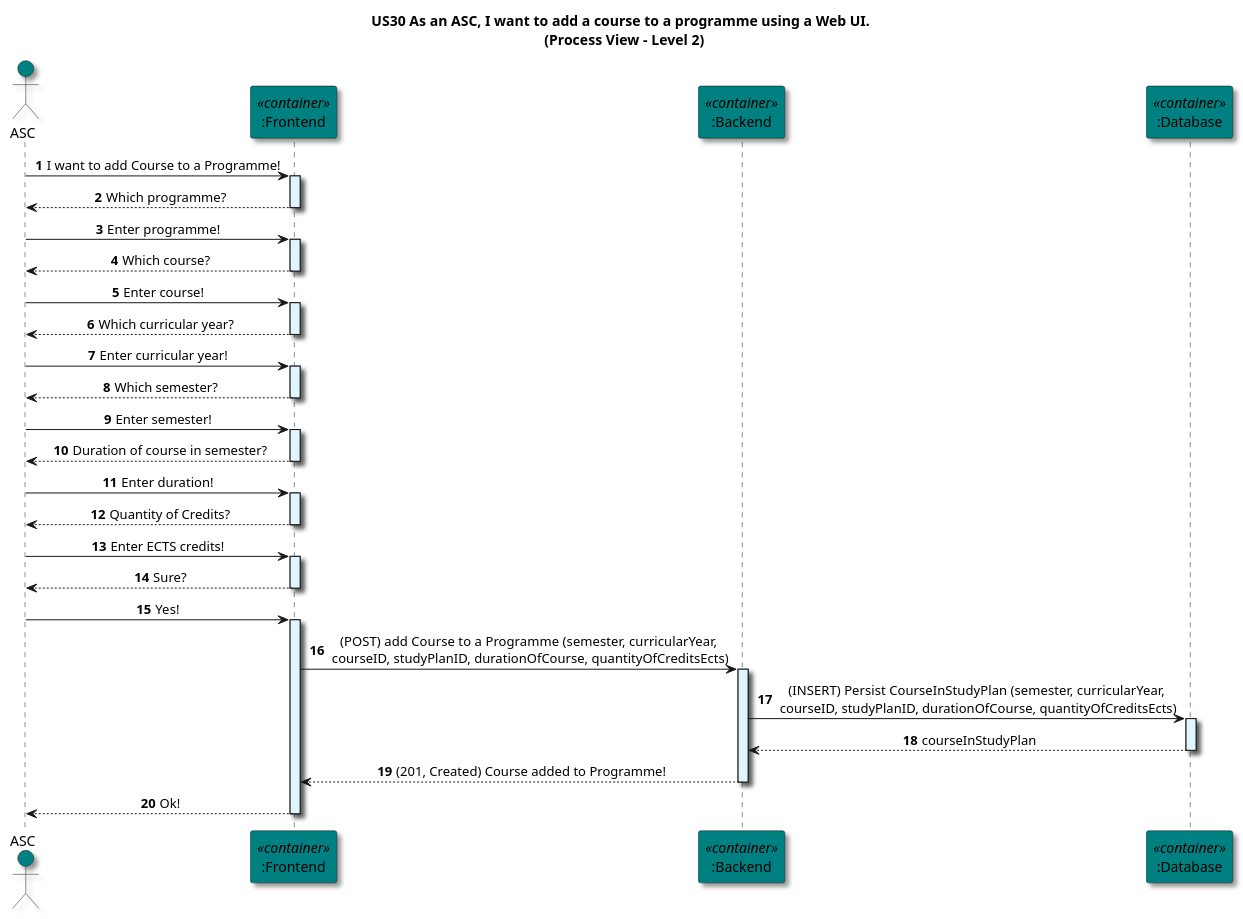
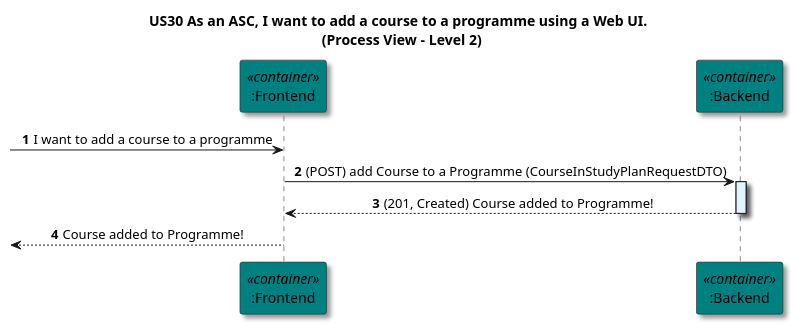
The diagram in docs/US30/Sprint_6_REST_API/Process View/Level2Granularity.puml (GasparISEP/DevOps-PAI), drawn with PlantUML before and after one commit.

Commit message:
[docs]: Update Level2Granularity.puml process diagram #567 #571

```diff
--- a/docs/US30/Sprint_6_REST_API/Process View/Level2Granularity.puml
+++ b/docs/US30/Sprint_6_REST_API/Process View/Level2Granularity.puml
@@ -1,80 +1,26 @@
 @startuml
 
 title US30 As an ASC, I want to add a course to a programme using a Web UI. \n (Process View - Level 2)
 
 skinparam componentStyle component
 skinparam defaultTextAlignment center
 skinparam shadowing true
 
 autonumber
 
-actor ASC as asc #teal
-
 participant ":Frontend" as frontend <<container>> #teal
 participant ":Backend" as backend <<container>> #teal
-participant ":Database" as db <<container>> #teal
 
-asc -> frontend: I want to add Course to a Programme!
-activate frontend #E1F5FE
+-> frontend : I want to add a course to a programme
 
-frontend --> asc: Which programme?
-deactivate frontend
-
-asc -> frontend: Enter programme!
-activate frontend #E1F5FE
-
-frontend --> asc: Which course?
-deactivate frontend
-
-asc -> frontend: Enter course!
-activate frontend #E1F5FE
-
-frontend --> asc: Which curricular year?
-deactivate frontend
-
-asc -> frontend: Enter curricular year!
-activate frontend #E1F5FE
-
-frontend --> asc: Which semester?
-deactivate frontend
-
-asc -> frontend: Enter semester!
-activate frontend #E1F5FE
-
-frontend --> asc: Duration of course in semester?
-deactivate frontend
-
-asc -> frontend: Enter duration!
-activate frontend #E1F5FE
-
-frontend --> asc: Quantity of Credits?
-deactivate frontend
-
-asc -> frontend: Enter ECTS credits!
-activate frontend #E1F5FE
-
-
-
-
-
-frontend --> asc: Sure?
-deactivate frontend
-
-asc -> frontend: Yes!
-activate frontend #E1F5FE
-
-frontend -> backend: (POST) add Course to a Programme (semester, curricularYear,\n courseID, studyPlanID, durationOfCourse, quantityOfCreditsEcts)
+frontend -> backend: (POST) add Course to a Programme (CourseInStudyPlanRequestDTO)
 activate backend #E1F5FE
 
-backend -> db: (INSERT) Persist CourseInStudyPlan (semester, curricularYear,\n courseID, studyPlanID, durationOfCourse, quantityOfCreditsEcts)
-activate db #E1F5FE
-db --> backend: courseInStudyPlan
-deactivate db
 
 backend --> frontend: (201, Created) Course added to Programme!
 deactivate backend
 
-frontend --> asc: Ok!
+<-- frontend : Course added to Programme!
 deactivate frontend
 
 @enduml
```
